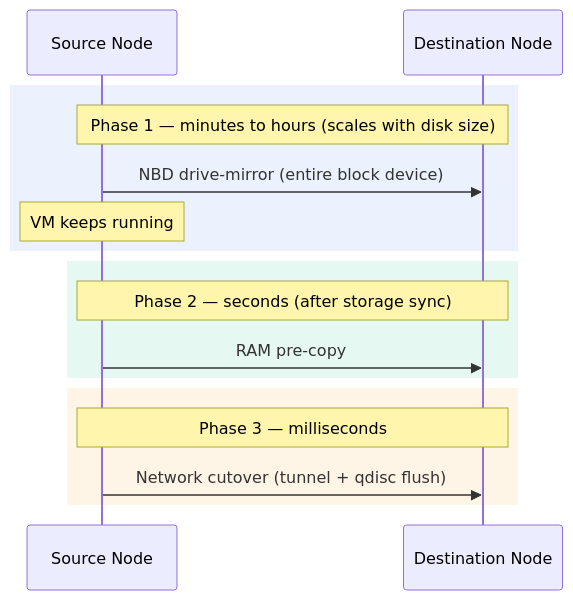
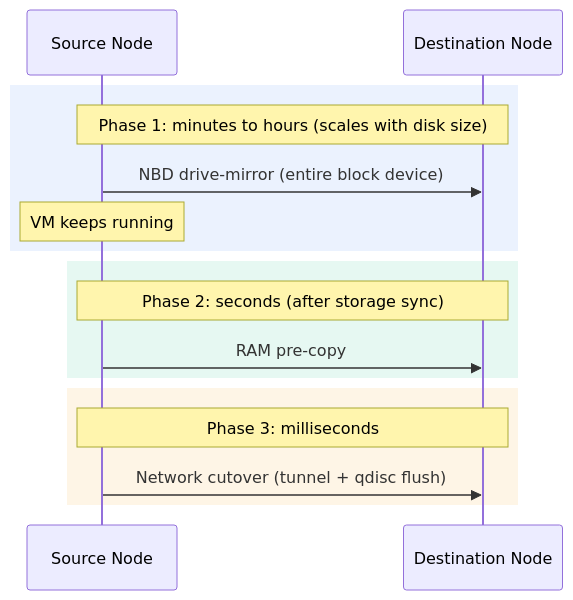
One commit to maci0/katamaran changed the fourth of 5 diagrams in README.md. Above: the diagram before and after it, drawn with Mermaid. The commit also changed other lines of this file and 64 other files, not shown here.

````diff
--- a/README.md
+++ b/README.md
@@ -535,21 +535,21 @@
 ```mermaid
 sequenceDiagram
     participant S as Source Node
     participant D as Destination Node
 
     rect rgb(59, 130, 246, 0.1)
-    Note over S,D: Phase 1 — minutes to hours (scales with disk size)
+    Note over S,D: Phase 1: minutes to hours (scales with disk size)
     S->>D: NBD drive-mirror (entire block device)
     Note over S: VM keeps running
     end
 
     rect rgb(16, 185, 129, 0.1)
-    Note over S,D: Phase 2 — seconds (after storage sync)
+    Note over S,D: Phase 2: seconds (after storage sync)
     S->>D: RAM pre-copy
     end
 
     rect rgb(245, 158, 11, 0.1)
-    Note over S,D: Phase 3 — milliseconds
+    Note over S,D: Phase 3: milliseconds
     S->>D: Network cutover (tunnel + qdisc flush)
     end
 ```
````
